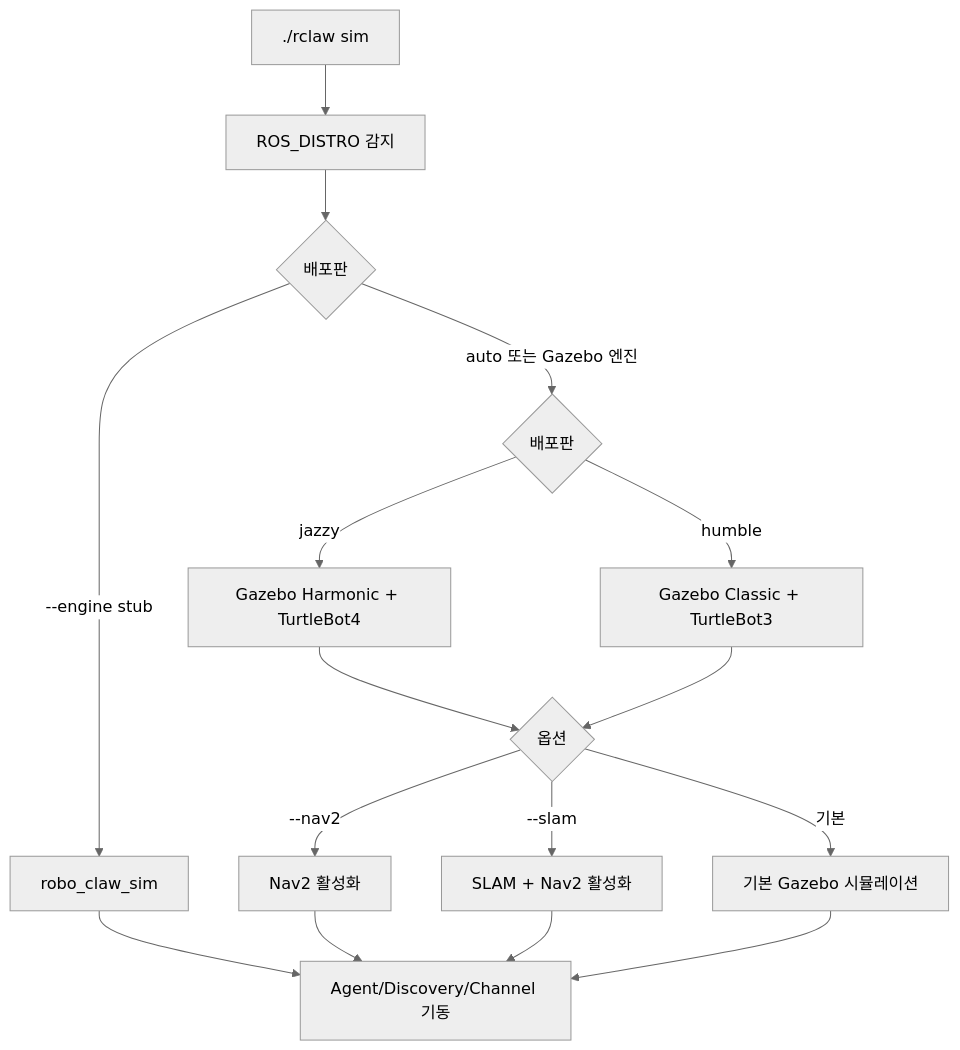
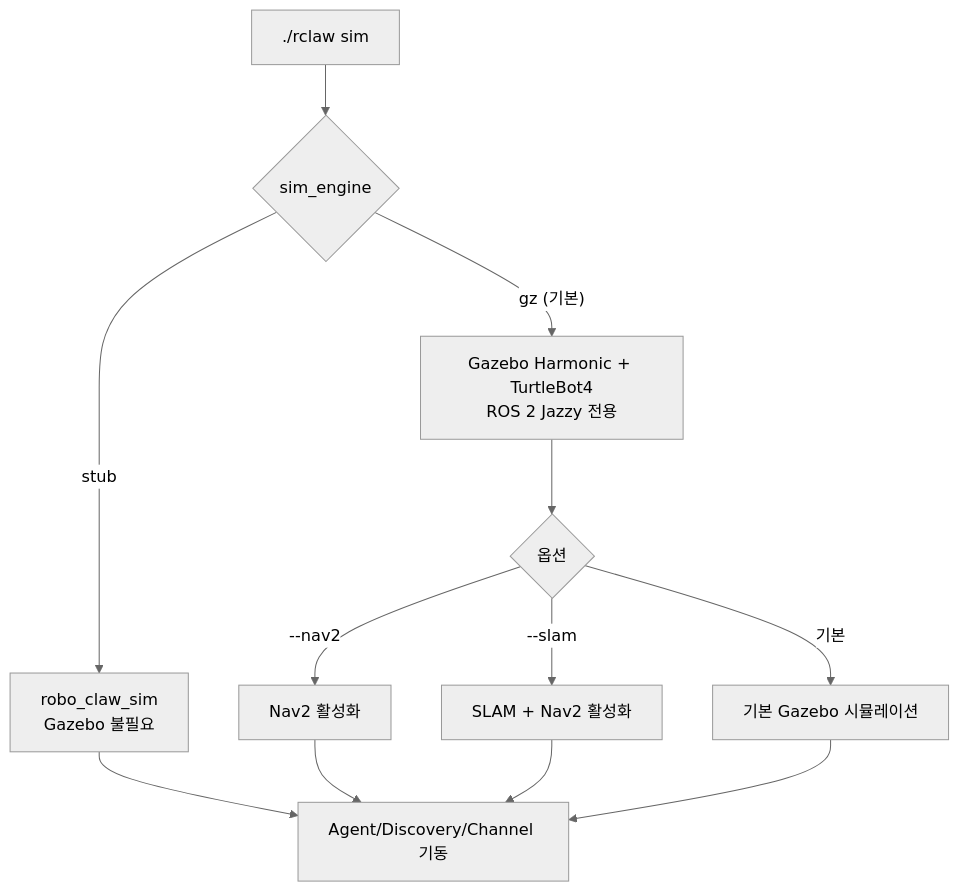
The third of 3 diagrams in docs/opencode/flowchart.md (Open-Edge-Robotics/A.RobotAI-Robot-RoboClaw), drawn with Mermaid (neutral theme) before and after one commit. The commit also changed 25 other files, not shown here.

First line of the commit message:
refactor(sim): Humble(Gazebo Classic) 시뮬레이션 지원 제거

````diff
--- a/docs/opencode/flowchart.md
+++ b/docs/opencode/flowchart.md
@@ -44,18 +44,14 @@
 ```mermaid
 flowchart TD
-    A[./rclaw sim] --> B[ROS_DISTRO 감지]
-    B --> C{배포판}
-    C -->|--engine stub| D[robo_claw_sim]
-    C -->|auto 또는 Gazebo 엔진| E{배포판}
-    E -->|jazzy| F[Gazebo Harmonic + TurtleBot4]
-    E -->|humble| G[Gazebo Classic + TurtleBot3]
+    A[./rclaw sim] --> B{sim_engine}
+    B -->|"gz (기본)"| F["Gazebo Harmonic + TurtleBot4<br/>ROS 2 Jazzy 전용"]
+    B -->|stub| D[robo_claw_sim<br/>Gazebo 불필요]
     D --> H[Agent/Discovery/Channel 기동]
     F --> I{옵션}
-    G --> I
     I -->|--nav2| J[Nav2 활성화]
     I -->|--slam| K[SLAM + Nav2 활성화]
     I -->|기본| L[기본 Gazebo 시뮬레이션]
     J --> H
     K --> H
     L --> H
 ```
````
